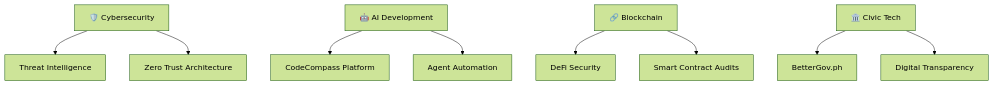
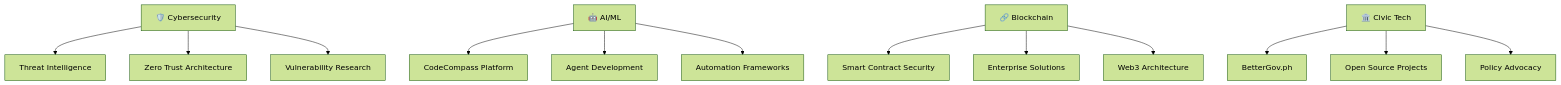
One commit to alvinveroy/alvinveroy changed the diagram in ReadMe.md. Above: the diagram before and after it, drawn with Mermaid (forest theme). The commit also changed other lines of this file, not shown here.

````diff
--- a/ReadMe.md
+++ b/ReadMe.md
@@ -71,11 +78,18 @@
 ```mermaid
 flowchart TD
     A[🛡️ Cybersecurity] --> B[Threat Intelligence]
     A --> C[Zero Trust Architecture]
-    D[🤖 AI Development] --> E[CodeCompass Platform]
-    D --> F[Agent Automation]
-    G[🔗 Blockchain] --> H[DeFi Security]
-    G --> I[Smart Contract Audits]
-    J[🏛️ Civic Tech] --> K[BetterGov.ph]
-    J --> L[Digital Transparency]
+    A --> D[Vulnerability Research]
+    
+    E[🤖 AI/ML] --> F[CodeCompass Platform]
+    E --> G[Agent Development]
+    E --> H[Automation Frameworks]
+    
+    I[🔗 Blockchain] --> J[Smart Contract Security]
+    I --> K[Enterprise Solutions]
+    I --> L[Web3 Architecture]
+    
+    M[🏛️ Civic Tech] --> N[BetterGov.ph]
+    M --> O[Open Source Projects]
+    M --> P[Policy Advocacy]
 ```
````
